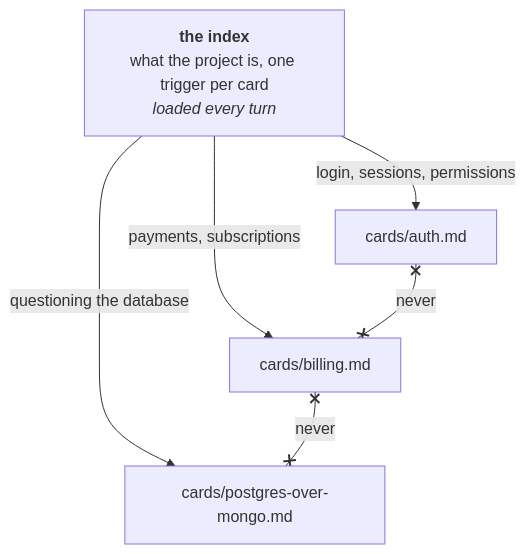
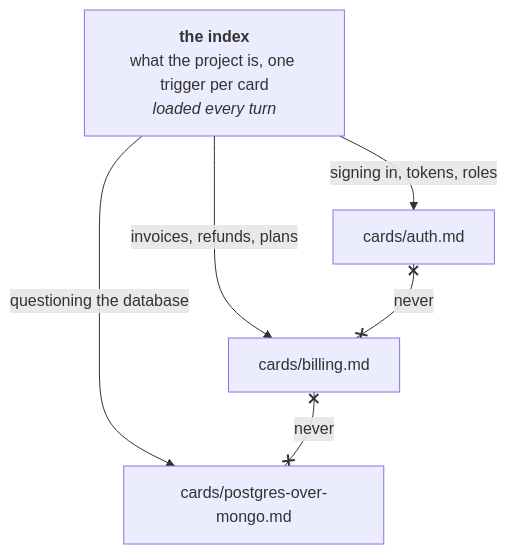
The diagram in book/part-2-plays/context/split-the-agent-file-into-cards.md (epatel/agentic-playbook), drawn with Mermaid before and after one commit. The commit also changed other lines of this file and 5 other files, not shown here.

````diff
--- a/book/part-2-plays/context/split-the-agent-file-into-cards.md
+++ b/book/part-2-plays/context/split-the-agent-file-into-cards.md
@@ -45,12 +45,12 @@
 ```mermaid
 graph TD
     I["<b>the index</b><br/>what the project is, one trigger per card<br/><i>loaded every turn</i>"]
     A["cards/auth.md"]
     B["cards/billing.md"]
     C["cards/postgres-over-mongo.md"]
-    I -->|"login, sessions, permissions"| A
-    I -->|"payments, subscriptions"| B
+    I -->|"signing in, tokens, roles"| A
+    I -->|"invoices, refunds, plans"| B
     I -->|"questioning the database"| C
     A x--x|"never"| B
     B x--x|"never"| C
 ```
````
